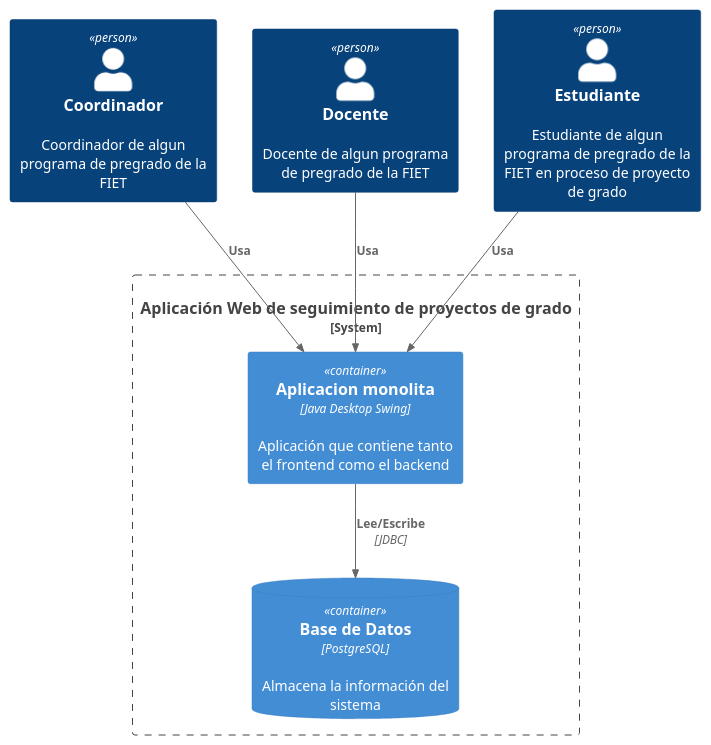
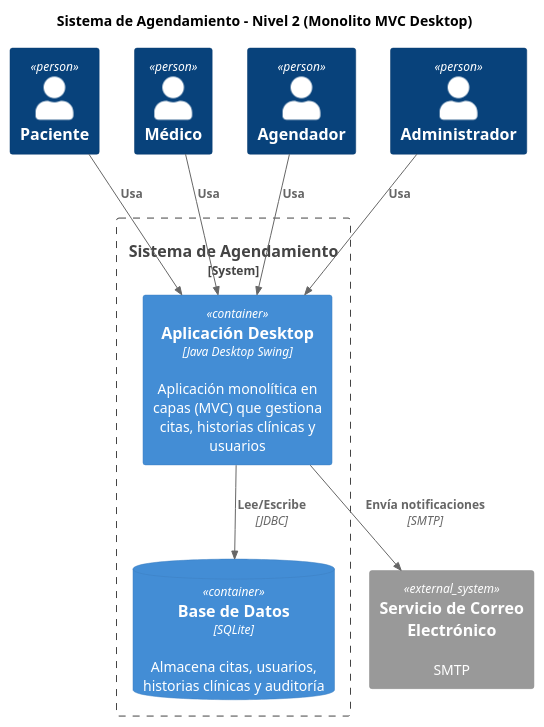
The diagram in mod_app_piedrazul_medical_services_network/dContainer.puml (FernandoMulato/Piedrazul-Medical-Services-Network), drawn with PlantUML before and after one commit. The commit also changed other lines of this file and 5 other files, not shown here.

Commit message:
The first architectural proposal was uploaded

```diff
--- a/mod_app_piedrazul_medical_services_network/dContainer.puml
+++ b/mod_app_piedrazul_medical_services_network/dContainer.puml
@@ -4,17 +1,29 @@
-@startuml Container
-
+@startuml Containers
 !include https://raw.githubusercontent.com/plantuml-stdlib/C4-PlantUML/master/C4_Container.puml
 
-Person(coordinador, "Coordinador", "Coordinador de algun programa de pregrado de la FIET")
-Person(docente, "Docente", "Docente de algun programa de pregrado de la FIET")
-Person(estudiante, "Estudiante", "Estudiante de algun programa de pregrado de la FIET en proceso de proyecto de grado")
+title Sistema de Agendamiento - Nivel 2 (Monolito MVC Desktop)
 
-System_Boundary(s1, "Aplicación Web de seguimiento de proyectos de grado") {
-Container(monolito, "Aplicacion monolita", "Java Desktop Swing", "Aplicación que contiene tanto el frontend como el backend")
-ContainerDb(db, "Base de Datos", "PostgreSQL", "Almacena la información del sistema")
+Person(paciente, "Paciente")
+Person(medico, "Médico")
+Person(agendador, "Agendador")
+Person(admin, "Administrador")
+
+System_Boundary(s1, "Sistema de Agendamiento") {
+
+    Container(app, "Aplicación Desktop", "Java Desktop Swing", "Aplicación monolítica en capas (MVC) que gestiona citas, historias clínicas y usuarios")
+
+    ContainerDb(db, "Base de Datos", "SQLite", "Almacena citas, usuarios, historias clínicas y auditoría")
+
 }
-Rel(coordinador, monolito, "Usa")
-Rel(docente, monolito, "Usa")
-Rel(estudiante, monolito, "Usa")
-Rel(monolito, db, "Lee/Escribe", "JDBC")
+
+System_Ext(email, "Servicio de Correo Electrónico", "SMTP")
+
+Rel(paciente, app, "Usa")
+Rel(medico, app, "Usa")
+Rel(agendador, app, "Usa")
+Rel(admin, app, "Usa")
+
+Rel(app, db, "Lee/Escribe", "JDBC")
+Rel(app, email, "Envía notificaciones", "SMTP")
+
 @enduml
```
